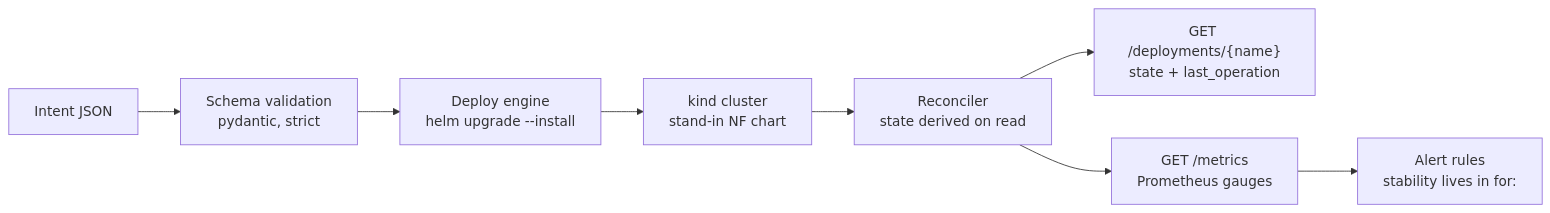
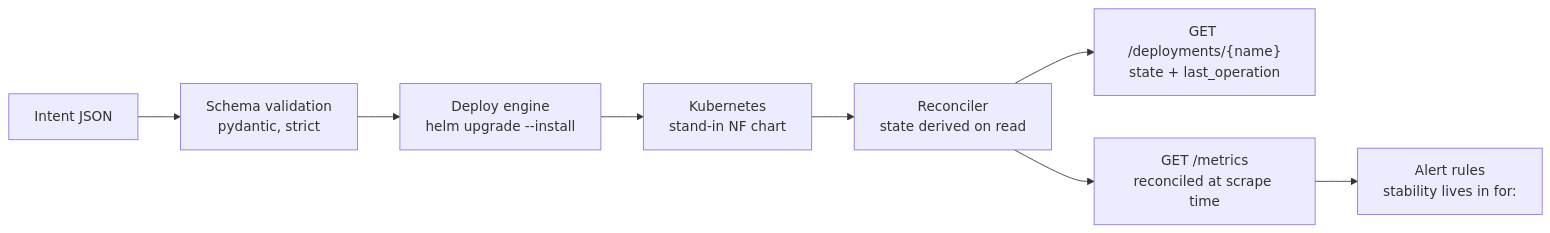
The diagram in README.md (poggymacello/nf-orchestrator), drawn with Mermaid before and after one commit. The commit also changed other lines of this file and 7 other files, not shown here.

````diff
--- a/README.md
+++ b/README.md
@@ -17,10 +51,10 @@
 ```mermaid
 flowchart LR
     I["Intent JSON"] --> V["Schema validation<br/>pydantic, strict"]
     V --> D["Deploy engine<br/>helm upgrade --install"]
-    D --> K["kind cluster<br/>stand-in NF chart"]
+    D --> K["Kubernetes<br/>stand-in NF chart"]
     K --> R["Reconciler<br/>state derived on read"]
     R --> A["GET /deployments/{name}<br/>state + last_operation"]
-    R --> M["GET /metrics<br/>Prometheus gauges"]
+    R --> M["GET /metrics<br/>reconciled at scrape time"]
     M --> P["Alert rules<br/>stability lives in for:"]
 ```
````
